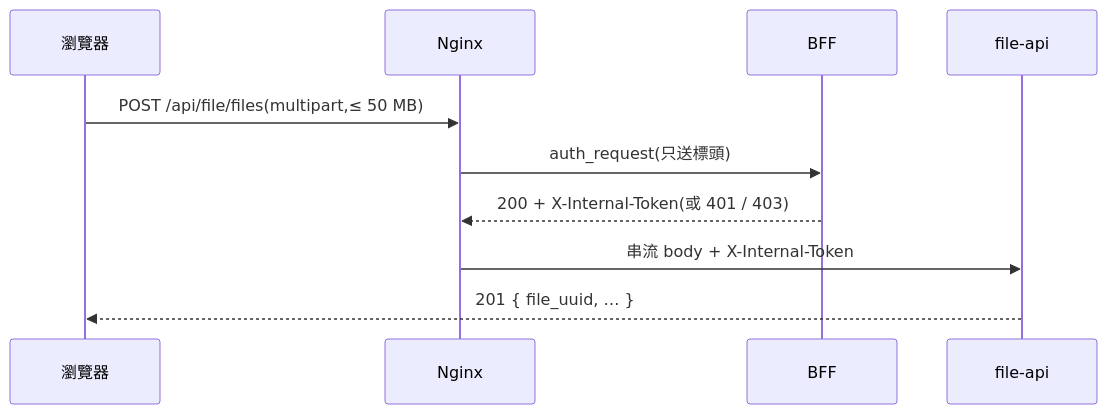
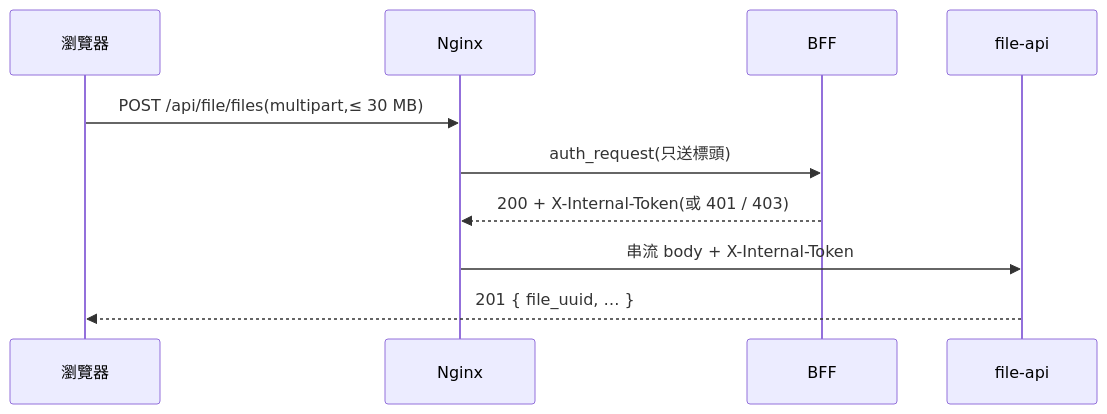
One commit to WeiWeicode/giga-file-service changed the second of 2 diagrams in docs/ARCHITECTURE.md. Above: the diagram before and after it, drawn with Mermaid. The commit also changed other lines of this file and 20 other files, not shown here.

````diff
--- a/docs/ARCHITECTURE.md
+++ b/docs/ARCHITECTURE.md
@@ -48,12 +48,12 @@
 ```mermaid
 sequenceDiagram
     participant U as 瀏覽器
     participant N as Nginx
     participant B as BFF
     participant F as file-api
-    U->>N: POST /api/file/files(multipart,≤ 50 MB)
+    U->>N: POST /api/file/files(multipart,≤ 30 MB)
     N->>B: auth_request(只送標頭)
     B-->>N: 200 + X-Internal-Token(或 401 / 403)
     N->>F: 串流 body + X-Internal-Token
     F-->>U: 201 { file_uuid, … }
 ```
````
